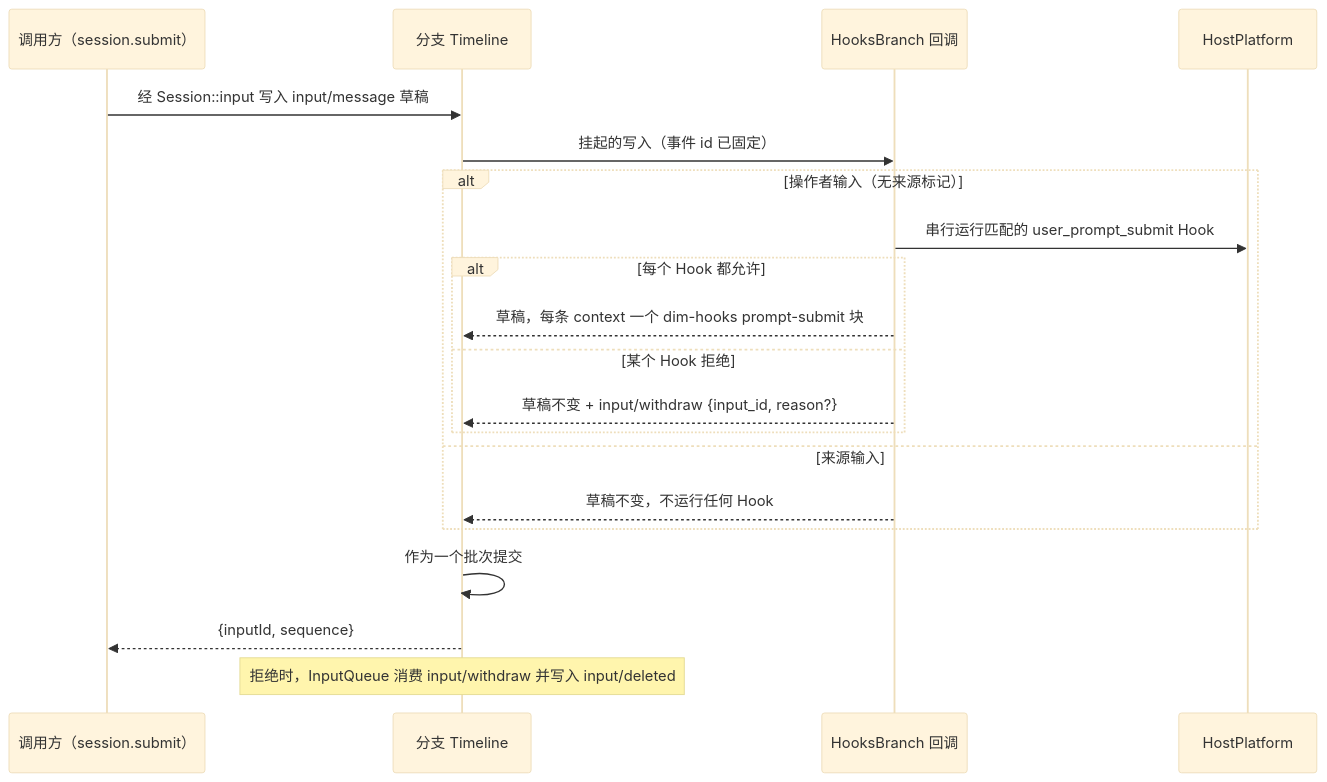
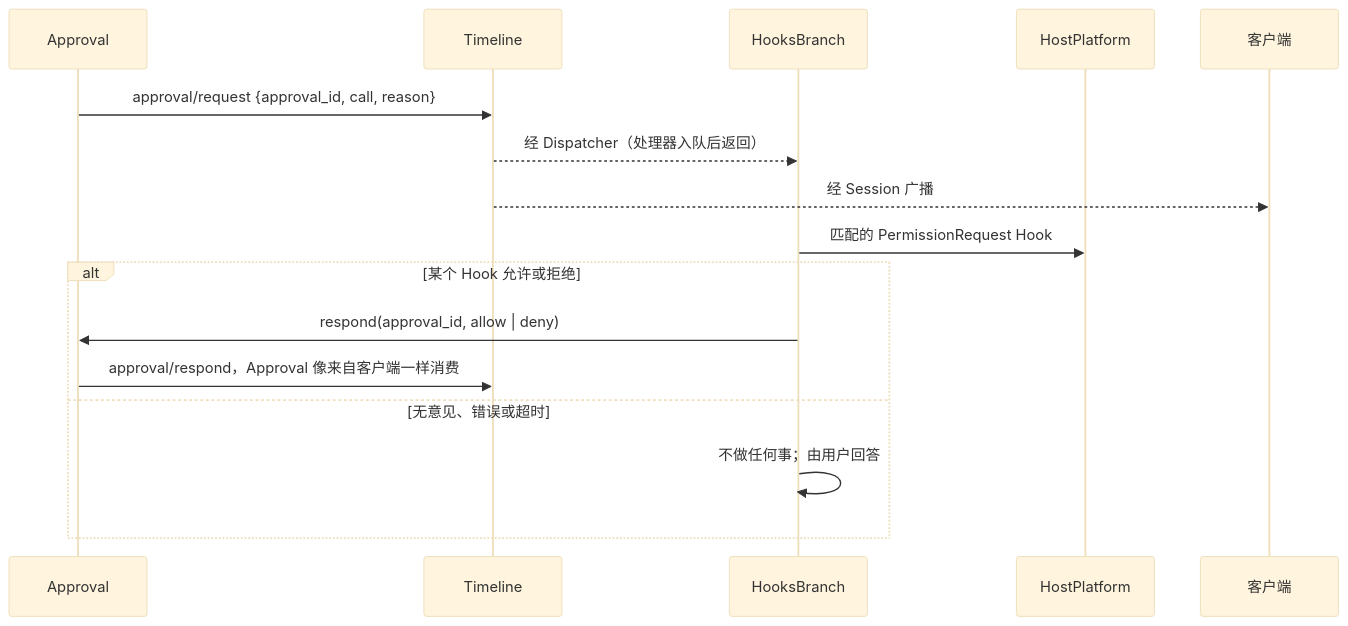
Before and after one commit to CoutinhoTTS/dim-agent: the fourth of 6 diagrams in docs/zh/design/plugins/Hooks.md, drawn with Mermaid (base theme). The commit also changed other lines of this file, not shown here.

Commit message:
docs: add Chinese mirror of the Hooks design (#143)

````diff
--- a/docs/zh/design/plugins/Hooks.md
+++ b/docs/zh/design/plugins/Hooks.md
@@ -104,22 +115,18 @@
 ```mermaid
 sequenceDiagram
-  participant C as 调用方（session.submit）
-  participant TL as 分支 Timeline
-  participant HB as HooksBranch 回调
+  participant AP as Approval
+  participant TL as Timeline
+  participant HB as HooksBranch
   participant HP as HostPlatform
-  C->>TL: 经 Session::input 写入 input/message 草稿
-  TL->>HB: 挂起的写入（事件 id 已固定）
-  alt 操作者输入（无来源标记）
-    HB->>HP: 串行运行匹配的 user_prompt_submit Hook
-    alt 每个 Hook 都允许
-      HB-->>TL: 草稿，每条 context 一个 dim-hooks prompt-submit 块
-    else 某个 Hook 拒绝
-      HB-->>TL: 草稿不变 + input/withdraw {input_id, reason?}
-    end
-  else 来源输入
-    HB-->>TL: 草稿不变，不运行任何 Hook
+  participant C as 客户端
+  AP->>TL: approval/request {approval_id, call, reason}
+  TL-->>HB: 经 Dispatcher（处理器入队后返回）
+  TL-->>C: 经 Session 广播
+  HB->>HP: 匹配的 PermissionRequest Hook
+  alt 某个 Hook 允许或拒绝
+    HB->>AP: respond(approval_id, allow | deny)
+    AP->>TL: approval/respond，Approval 像来自客户端一样消费
+  else 无意见、错误或超时
+    HB->>HB: 不做任何事；由用户回答
   end
-  TL->>TL: 作为一个批次提交
-  TL-->>C: {inputId, sequence}
-  Note over TL: 拒绝时，InputQueue 消费 input/withdraw 并写入 input/deleted
 ```
````
